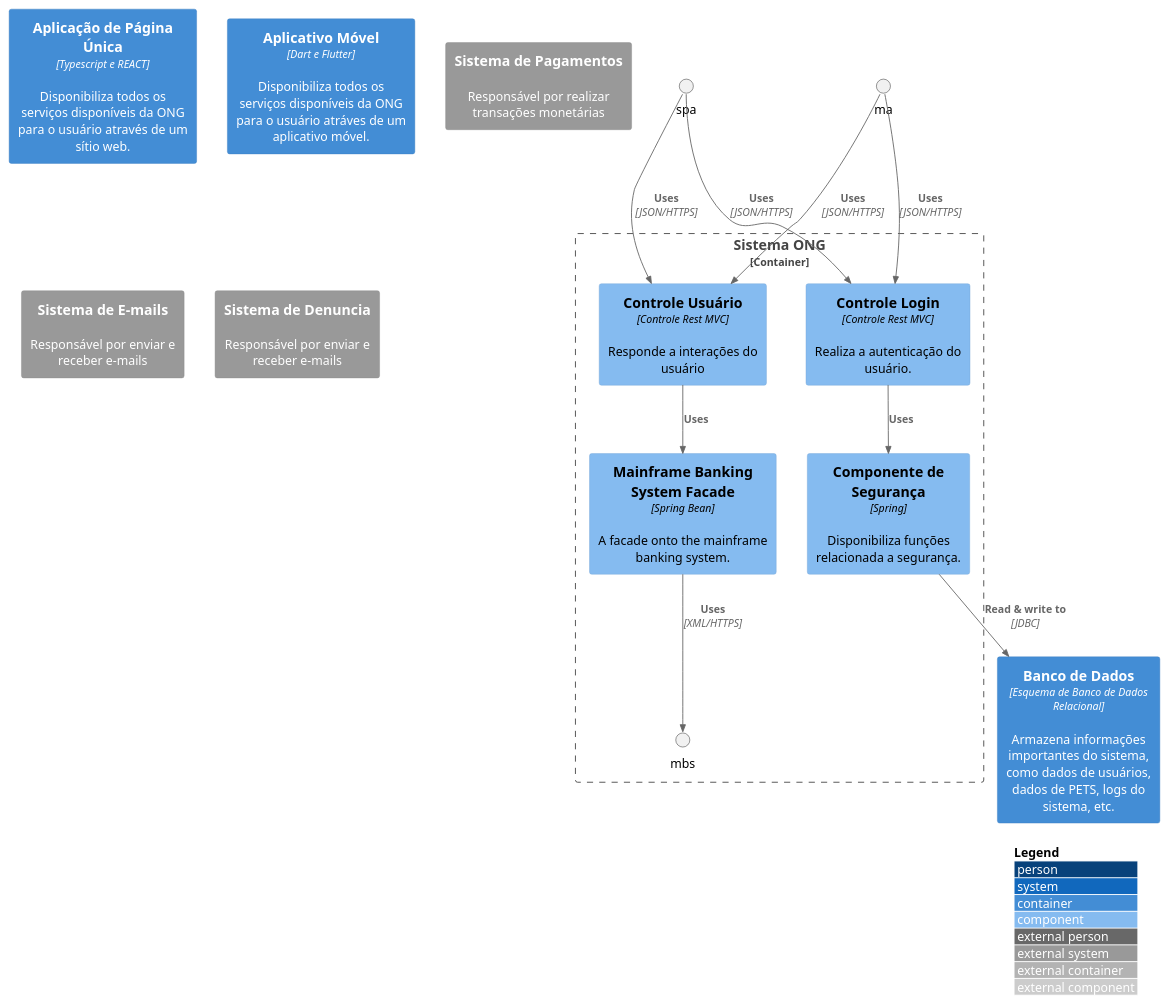
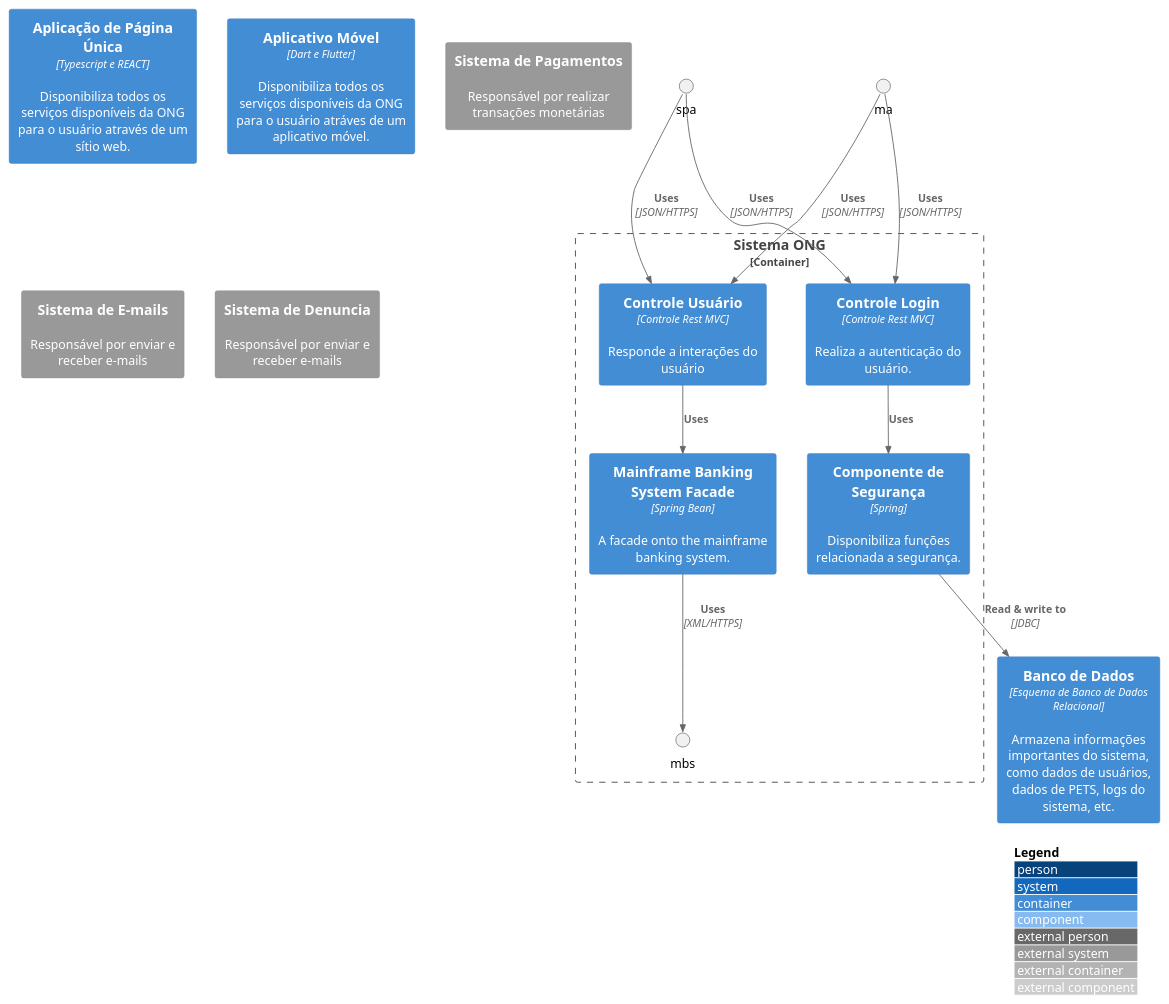
One commit to andrelquiosi/ANIMAPET changed the diagram in src/Sistema animapet/containers.puml. Above: the diagram before and after it, drawn with PlantUML.

Commit message:
Corrigindo uma parte do diagrama de container

```diff
--- a/src/Sistema animapet/containers.puml
+++ b/src/Sistema animapet/containers.puml
@@ -1,30 +1,30 @@
 @startuml Container
 !include https://raw.githubusercontent.com/adrianvlupu/C4-PlantUML/latest/C4_Component.puml
 
 LAYOUT_WITH_LEGEND()
 
 Container(swb, "Aplicação de Página Única", "Typescript e REACT","Disponibiliza todos os serviços disponíveis da ONG para o usuário através de um  sítio web.")
 Container(sdm, "Aplicativo Móvel", "Dart e Flutter", "Disponibiliza todos os serviços disponíveis da ONG para o usuário atráves de um aplicativo móvel.")
 Container(db, "Banco de Dados", "Esquema de Banco de Dados Relacional", "Armazena informações importantes do sistema, como dados de usuários, dados de PETS, logs do sistema, etc.")
 System_Ext(pix, "Sistema de Pagamentos", "Responsável por realizar transações monetárias")
 System_Ext(sem, "Sistema de E-mails", "Responsável por enviar e receber e-mails")
 System_Ext(spo, "Sistema de Denuncia", "Responsável por enviar e receber e-mails")
 
 Container_Boundary(ong, "Sistema ONG") {
-    Component(sign, "Controle Login", "Controle Rest MVC", "Realiza a autenticação do usuário.")
-    Component(accounts, "Controle Usuário", "Controle Rest MVC", "Responde a interações do usuário")
-    Component(security, "Componente de Segurança", "Spring", "Disponibiliza funções relacionada a segurança.")
-    Component(mbsfacade, "Mainframe Banking System Facade", "Spring Bean", "A facade onto the mainframe banking system.")
+    Container(sign, "Controle Login", "Controle Rest MVC", "Realiza a autenticação do usuário.")
+    Container(accounts, "Controle Usuário", "Controle Rest MVC", "Responde a interações do usuário")
+    Container(security, "Componente de Segurança", "Spring", "Disponibiliza funções relacionada a segurança.")
+    Container(mbsfacade, "Mainframe Banking System Facade", "Spring Bean", "A facade onto the mainframe banking system.")
 
     Rel(sign, security, "Uses")
     Rel(accounts, mbsfacade, "Uses")
     Rel(security, db, "Read & write to", "JDBC")
     Rel(mbsfacade, mbs, "Uses", "XML/HTTPS")
 }
 
 Rel(spa, sign, "Uses", "JSON/HTTPS")
 Rel(spa, accounts, "Uses", "JSON/HTTPS")
 
 Rel(ma, sign, "Uses", "JSON/HTTPS")
 Rel(ma, accounts, "Uses", "JSON/HTTPS")
 @enduml
```
